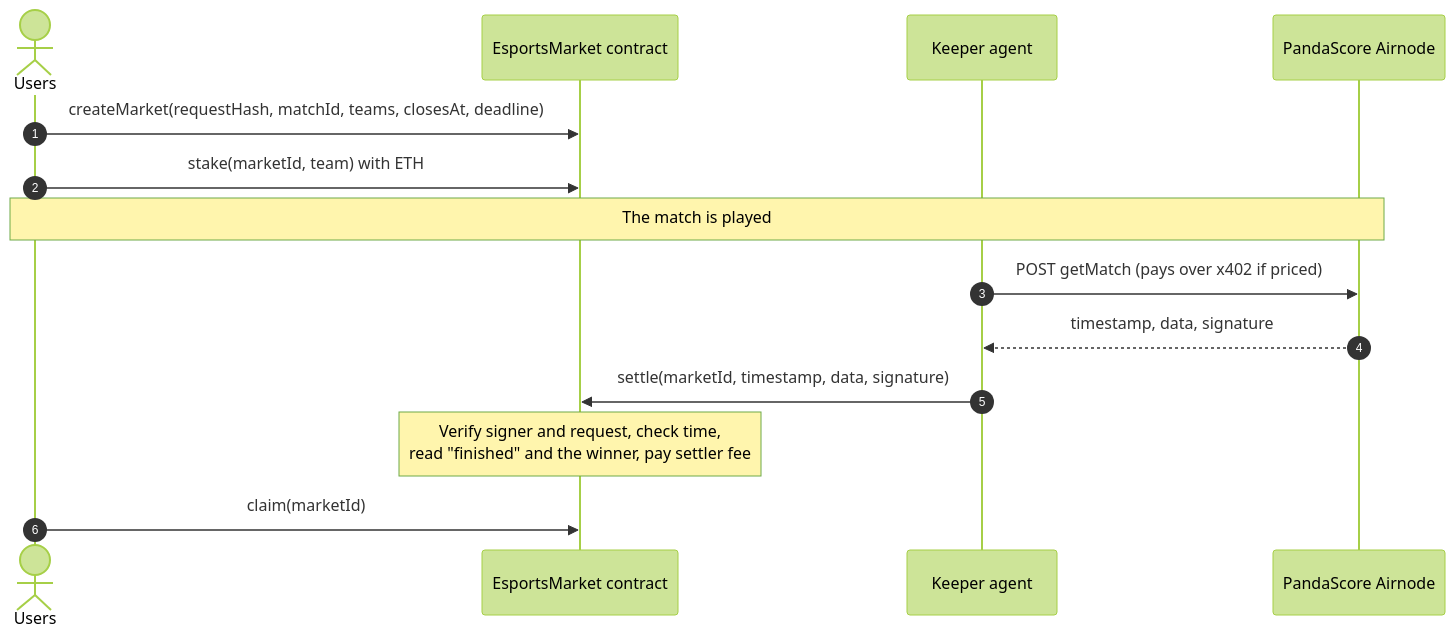
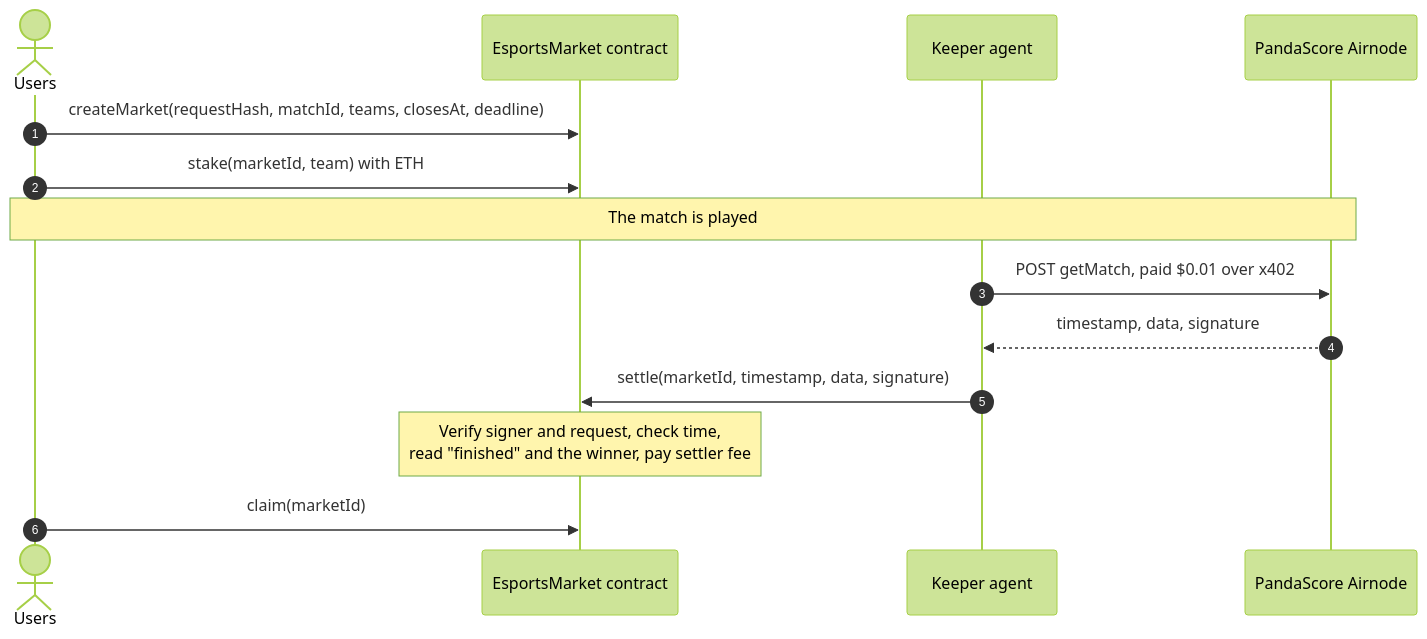
The first of 7 diagrams in README.md (billyjitsu/esports-market), drawn with Mermaid (forest theme) before and after one commit. The commit also changed other lines of this file and 16 other files, not shown here.

````diff
--- a/README.md
+++ b/README.md
@@ -50,16 +50,16 @@
 ```mermaid
 sequenceDiagram
     autonumber
     actor Users
     participant Market as EsportsMarket contract
     participant Agent as Keeper agent
     participant Airnode as PandaScore Airnode
     Users->>Market: createMarket(requestHash, matchId, teams, closesAt, deadline)
     Users->>Market: stake(marketId, team) with ETH
     Note over Users,Airnode: The match is played
-    Agent->>Airnode: POST getMatch (pays over x402 if priced)
+    Agent->>Airnode: POST getMatch, paid $0.01 over x402
     Airnode-->>Agent: timestamp, data, signature
     Agent->>Market: settle(marketId, timestamp, data, signature)
     Note over Market: Verify signer and request, check time,<br/>read "finished" and the winner, pay settler fee
     Users->>Market: claim(marketId)
 ```
````
